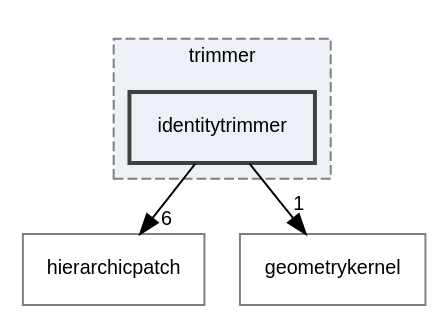
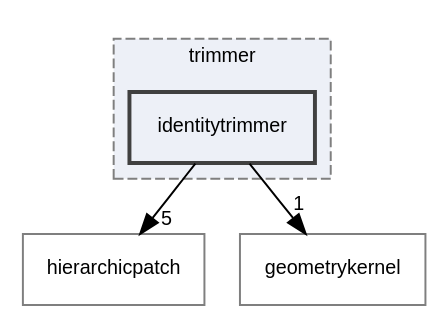
One commit to rath3t/dune-iga-doc changed the diagram in dir_aa3557bd66a6784b3b9e663253e8d0ba_dep.dot. Above: the diagram before and after it, drawn with Graphviz. The commit also changed 1529 other files, not shown here.

```diff
--- a/dir_aa3557bd66a6784b3b9e663253e8d0ba_dep.dot
+++ b/dir_aa3557bd66a6784b3b9e663253e8d0ba_dep.dot
@@ -1,15 +1,15 @@
 digraph "identitytrimmer"
 {
  // LATEX_PDF_SIZE
   edge [fontname="Helvetica",fontsize="10",labelfontname="Helvetica",labelfontsize="10"];
   node [fontname="Helvetica",fontsize="10",shape=record];
   compound=true
   subgraph clusterdir_7d0c370ab440c4b4f78419bfc8c93eb8 {
     graph [ bgcolor="#edf0f7", pencolor="grey50", style="filled,dashed,", label="trimmer", fontname="Helvetica", fontsize="10", URL="dir_7d0c370ab440c4b4f78419bfc8c93eb8.html"]
   dir_aa3557bd66a6784b3b9e663253e8d0ba [shape=box, label="identitytrimmer", style="filled,bold,", fillcolor="#edf0f7", color="grey25", URL="dir_aa3557bd66a6784b3b9e663253e8d0ba.html"];
   }
   dir_12fc9e68aad46ae2d80ba50ef1c96d76 [shape=box, label="hierarchicpatch", style="", fillcolor="#edf0f7", color="grey50", URL="dir_12fc9e68aad46ae2d80ba50ef1c96d76.html"];
   dir_98571e7345f7327fea7723ec1a12d870 [shape=box, label="geometrykernel", style="", fillcolor="#edf0f7", color="grey50", URL="dir_98571e7345f7327fea7723ec1a12d870.html"];
-  dir_aa3557bd66a6784b3b9e663253e8d0ba->dir_12fc9e68aad46ae2d80ba50ef1c96d76 [headlabel="6", labeldistance=1.5 headhref="dir_000009_000007.html"];
+  dir_aa3557bd66a6784b3b9e663253e8d0ba->dir_12fc9e68aad46ae2d80ba50ef1c96d76 [headlabel="5", labeldistance=1.5 headhref="dir_000009_000007.html"];
   dir_aa3557bd66a6784b3b9e663253e8d0ba->dir_98571e7345f7327fea7723ec1a12d870 [headlabel="1", labeldistance=1.5 headhref="dir_000009_000006.html"];
 }
```
